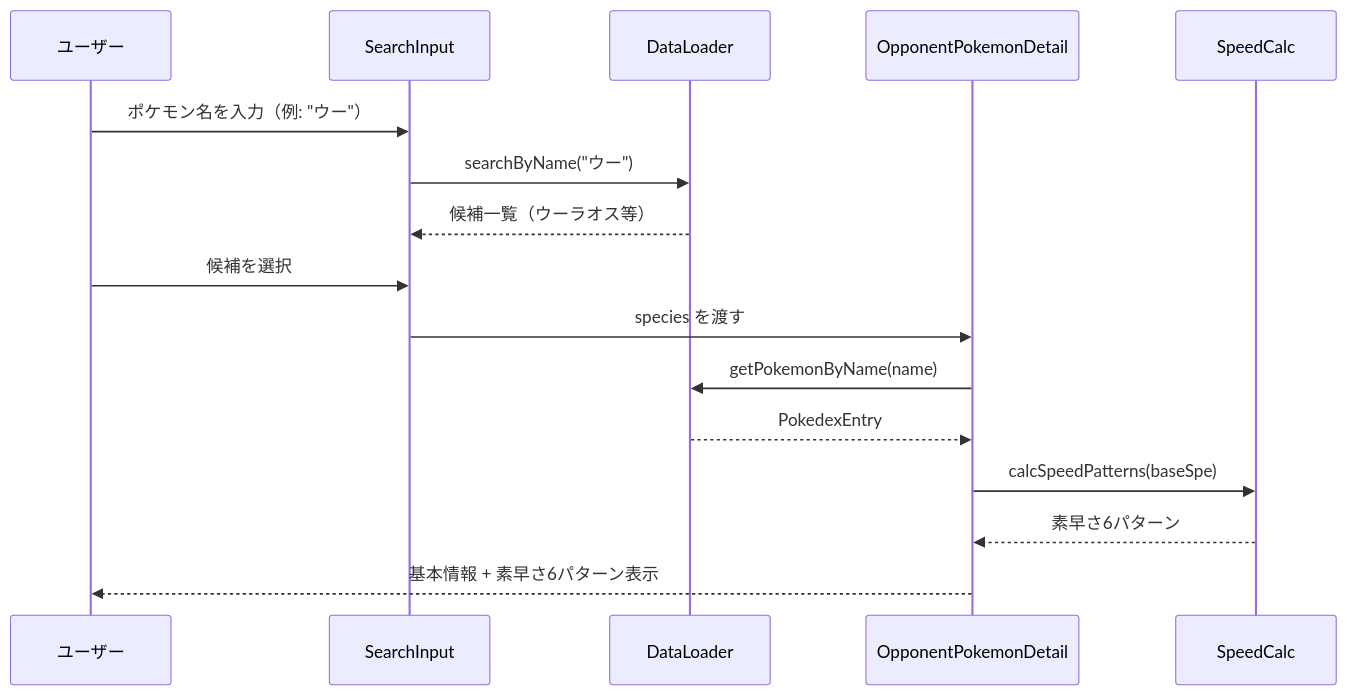
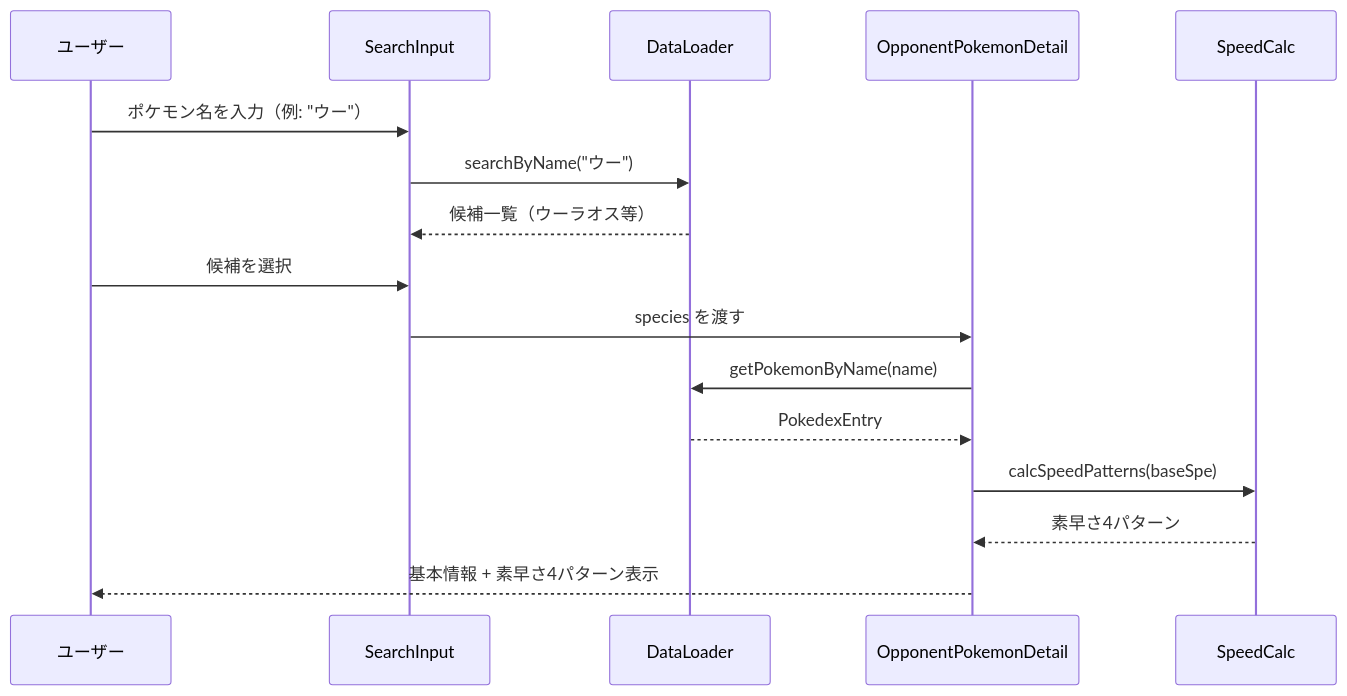
The second of 4 diagrams in docs/functional-design.md (7mgxk5856x-alt/pokelens), drawn with Mermaid before and after one commit. The commit also changed other lines of this file and 13 other files, not shown here.

````diff
--- a/docs/functional-design.md
+++ b/docs/functional-design.md
@@ -1044,19 +1045,19 @@
 ```mermaid
 sequenceDiagram
     participant User as ユーザー
     participant SI as SearchInput
     participant DL as DataLoader
     participant OD as OpponentPokemonDetail
     participant SC as SpeedCalc
 
     User->>SI: ポケモン名を入力（例: "ウー"）
     SI->>DL: searchByName("ウー")
     DL-->>SI: 候補一覧（ウーラオス等）
     User->>SI: 候補を選択
     SI->>OD: species を渡す
     OD->>DL: getPokemonByName(name)
     DL-->>OD: PokedexEntry
     OD->>SC: calcSpeedPatterns(baseSpe)
-    SC-->>OD: 素早さ6パターン
-    OD-->>User: 基本情報 + 素早さ6パターン表示
+    SC-->>OD: 素早さ4パターン
+    OD-->>User: 基本情報 + 素早さ4パターン表示
 ```
````
